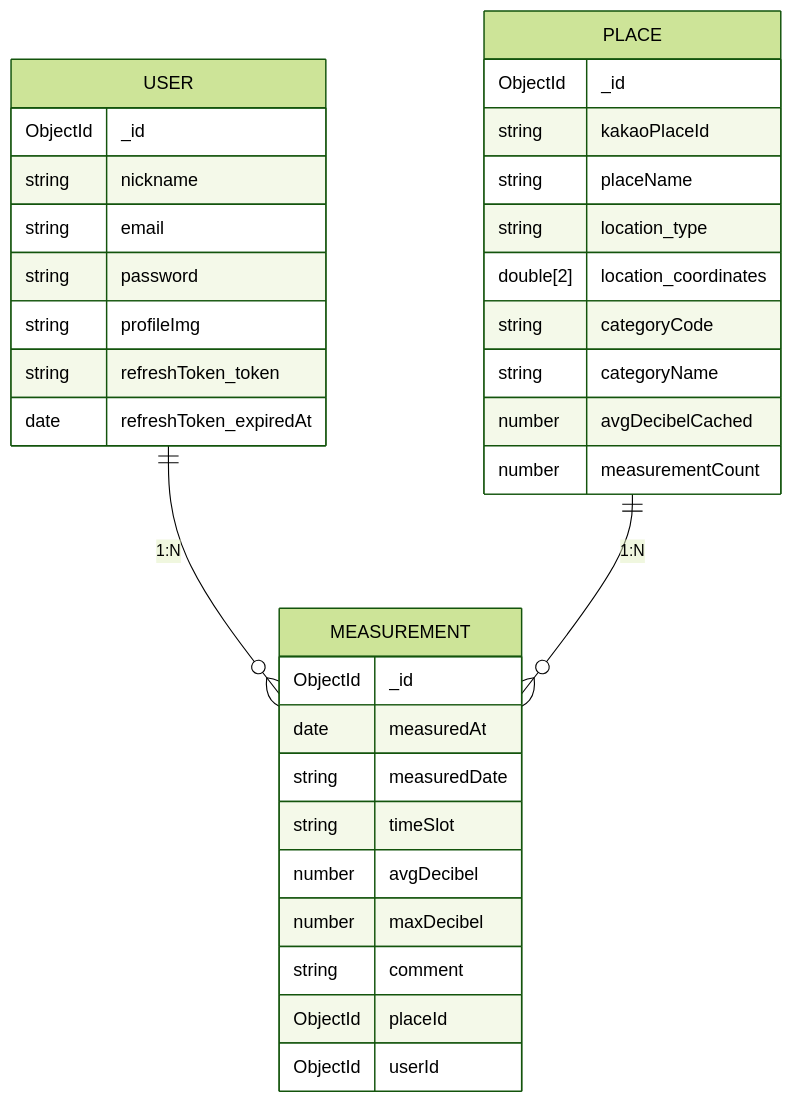
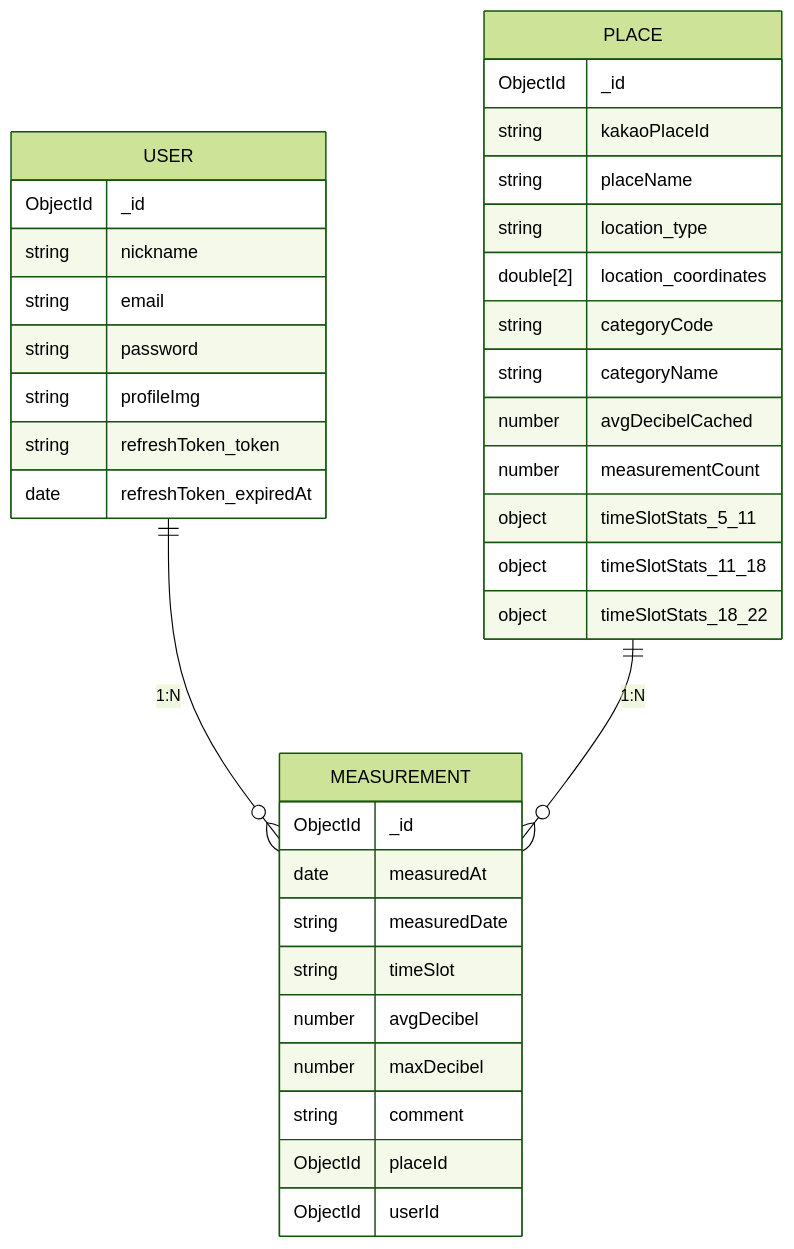
The diagram in README.md (elvinleeys/sorisoop_fe), drawn with Mermaid (forest theme) before and after one commit. The commit also changed other lines of this file and 2 other files, not shown here.

````diff
--- a/README.md
+++ b/README.md
@@ -111,39 +111,42 @@
 ```mermaid
 erDiagram
     USER {
         ObjectId _id
         string nickname
         string email
         string password
         string profileImg
         string refreshToken_token
         date   refreshToken_expiredAt
     }
 
     PLACE {
         ObjectId _id
         string kakaoPlaceId
         string placeName
         string location_type
         double[2] location_coordinates
         string categoryCode
         string categoryName
         number avgDecibelCached
         number measurementCount
+        object timeSlotStats_5_11
+        object timeSlotStats_11_18
+        object timeSlotStats_18_22
     }
 
     MEASUREMENT {
         ObjectId _id
         date measuredAt
         string measuredDate
         string timeSlot
         number avgDecibel
         number maxDecibel
         string comment
         ObjectId placeId
         ObjectId userId
     }
 
     USER ||--o{ MEASUREMENT : "1:N"
     PLACE ||--o{ MEASUREMENT : "1:N"
 ```
````
